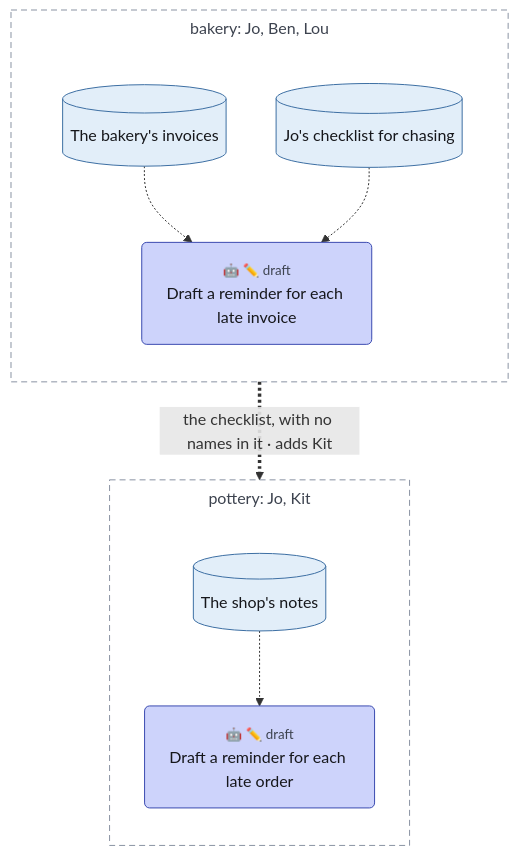
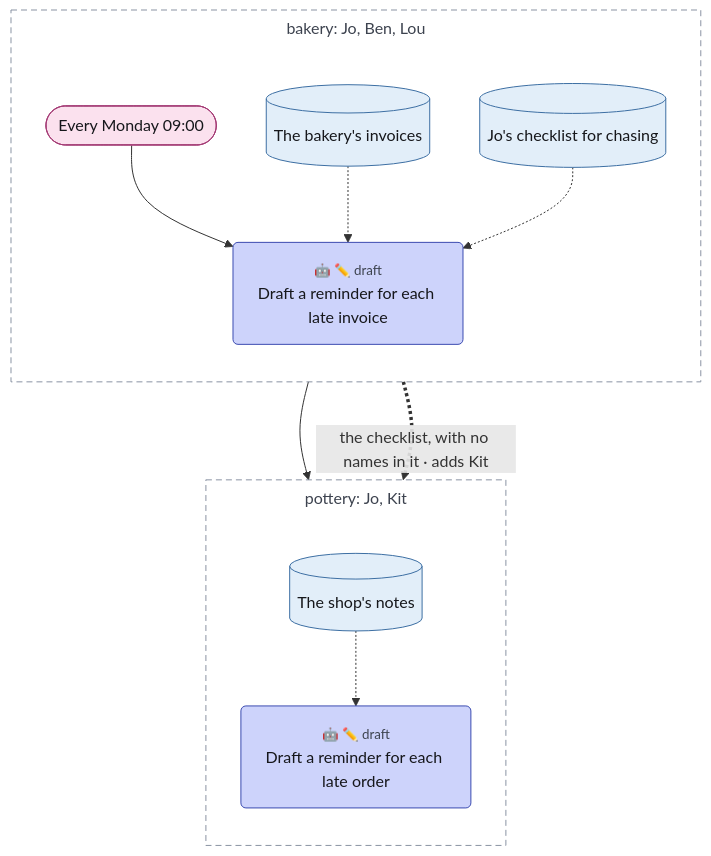
Before and after one commit to chrismdp/awml: the diagram in examples/tour/05-side-by-side.mmd, drawn with Mermaid. The commit also changed 106 other files, not shown here.

```diff
--- a/examples/tour/05-side-by-side.mmd
+++ b/examples/tour/05-side-by-side.mmd
@@ -1,42 +1,46 @@
 ---
 config:
   theme: default
   fontFamily: Inter, sans-serif
   flowchart:
     useMaxWidth: false
     subGraphTitleMargin:
       top: 6
       bottom: 30
 ---
 flowchart TB
   subgraph bakery["bakery#58; Jo#44; Ben#44; Lou"]
     direction TB
+    monday(["Every Monday 09#58;00"])
     invoices[("The bakery#39;s invoices")]
     checklist[("Jo#39;s checklist for chasing")]
     chase("<small style='color:rgb(61,67,79)'>🤖 ✏️ draft</small><br>Draft a reminder for each late invoice")
   end
   subgraph pottery["pottery#58; Jo#44; Kit"]
     direction TB
     shop_notes[("The shop#39;s notes")]
     remind("<small style='color:rgb(61,67,79)'>🤖 ✏️ draft</small><br>Draft a reminder for each late order")
   end
 
+  monday --> chase
+  monday --> remind
   invoices -.-> chase
   checklist -.-> chase
   checklist ==>|"the checklist#44; with no names in it · adds Kit"| shop_notes
   shop_notes -.-> remind
   classDef trig fill:#fbe1ee,stroke:#a33a74,color:#16171b
   classDef ctx fill:#e2eef9,stroke:#3d6fa3,color:#16171b
   classDef con fill:#eceef2,stroke:#5d6472,color:#16171b
   classDef surf fill:#ffffff,stroke:#2a2d35,stroke-width:1.5px,color:#16171b
   classDef out fill:#fde4dc,stroke:#b5532f,color:#16171b
   classDef ai fill:#cdd3fb,stroke:#3b4bb0,color:#16171b
   classDef code fill:#c4e3d1,stroke:#2b7a4f,color:#16171b
   classDef person fill:#f7d79a,stroke:#9a6100,color:#16171b
   classDef uml fill:#16171b,stroke:#16171b,color:#16171b
   classDef gap fill:#ffffff,stroke:#8a93a3,stroke-dasharray:4 3,color:#6b7280
+  class monday trig
   class invoices,checklist,shop_notes ctx
   class chase,remind ai
   style bakery fill:transparent,stroke:#8a93a3,stroke-dasharray:6 4,color:#3d434f
   style pottery fill:transparent,stroke:#8a93a3,stroke-dasharray:6 4,color:#3d434f
-  linkStyle 2 stroke-dasharray:3
+  linkStyle 4 stroke-dasharray:3
```
